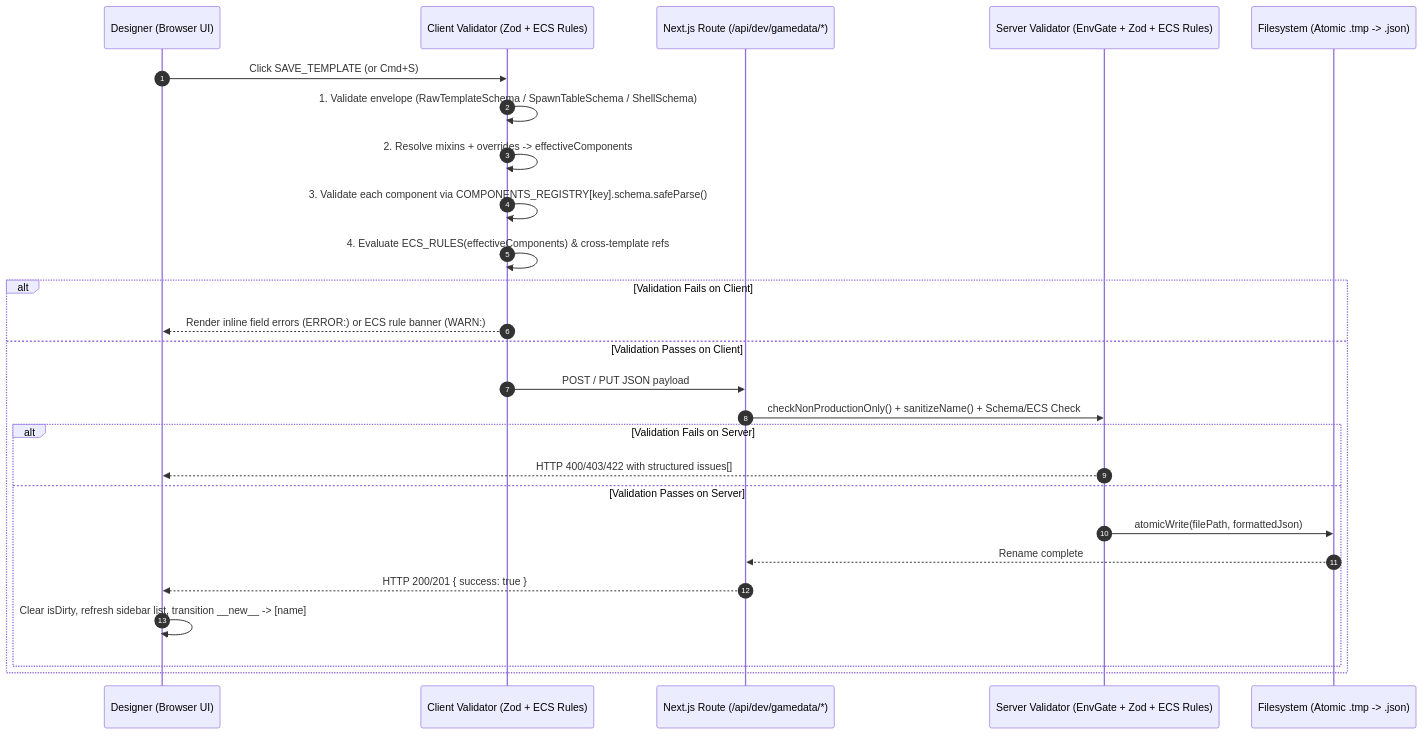
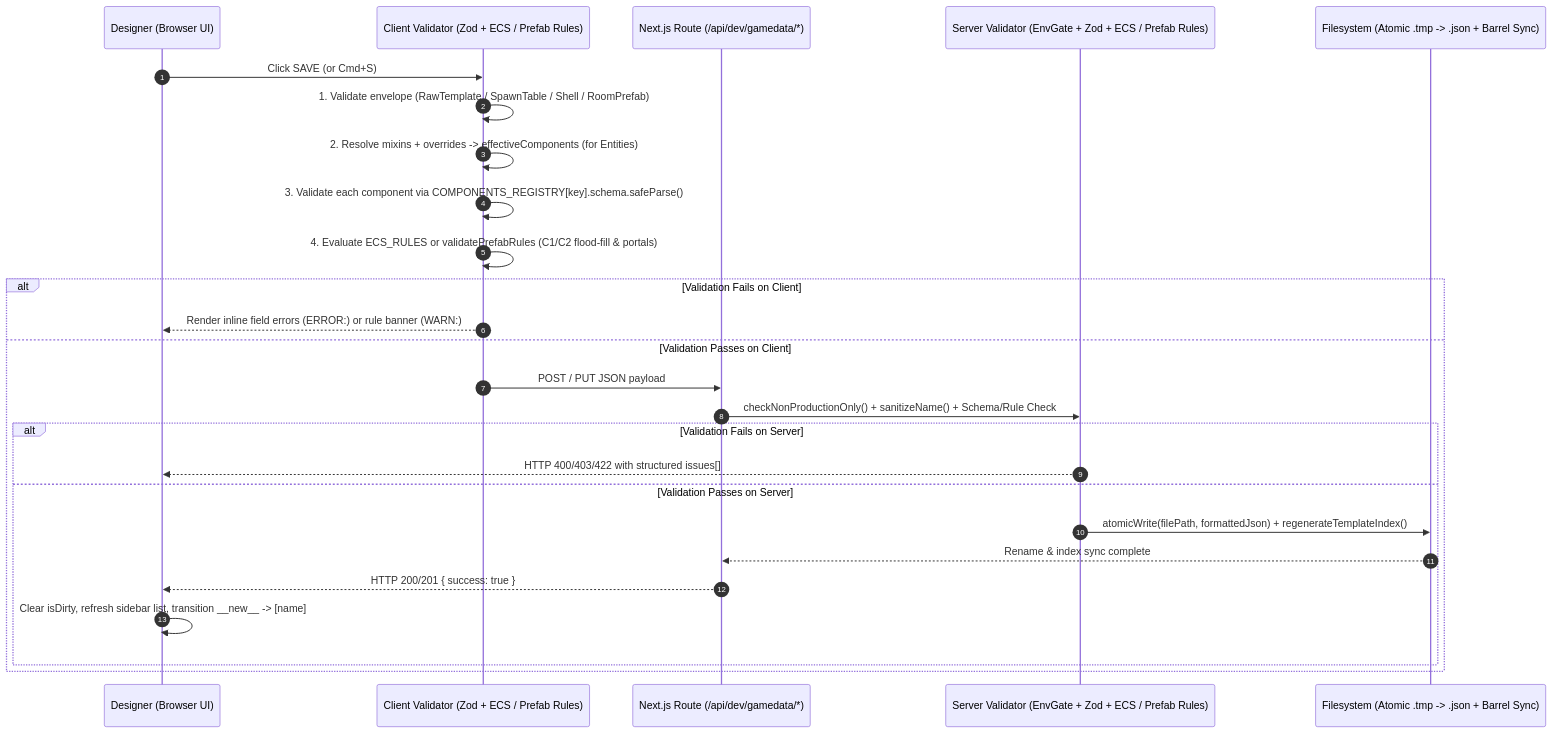
The second of 2 diagrams in docs/design/GAMEDATA-DESIGN-TOOL.md (chadmowery/nirmata-run), drawn with Mermaid before and after one commit. The commit also changed other lines of this file, not shown here.

````diff
--- a/docs/design/GAMEDATA-DESIGN-TOOL.md
+++ b/docs/design/GAMEDATA-DESIGN-TOOL.md
@@ -314,29 +566,29 @@
 ```mermaid
 sequenceDiagram
   autonumber
   participant Author as Designer (Browser UI)
-  participant ClientVal as Client Validator (Zod + ECS Rules)
+  participant ClientVal as Client Validator (Zod + ECS / Prefab Rules)
   participant API as Next.js Route (/api/dev/gamedata/*)
-  participant ServerVal as Server Validator (EnvGate + Zod + ECS Rules)
-  participant Disk as Filesystem (Atomic .tmp -> .json)
+  participant ServerVal as Server Validator (EnvGate + Zod + ECS / Prefab Rules)
+  participant Disk as Filesystem (Atomic .tmp -> .json + Barrel Sync)
 
-  Author->>ClientVal: Click SAVE_TEMPLATE (or Cmd+S)
-  ClientVal->>ClientVal: 1. Validate envelope (RawTemplateSchema / SpawnTableSchema / ShellSchema)
-  ClientVal->>ClientVal: 2. Resolve mixins + overrides -> effectiveComponents
+  Author->>ClientVal: Click SAVE (or Cmd+S)
+  ClientVal->>ClientVal: 1. Validate envelope (RawTemplate / SpawnTable / Shell / RoomPrefab)
+  ClientVal->>ClientVal: 2. Resolve mixins + overrides -> effectiveComponents (for Entities)
   ClientVal->>ClientVal: 3. Validate each component via COMPONENTS_REGISTRY[key].schema.safeParse()
-  ClientVal->>ClientVal: 4. Evaluate ECS_RULES(effectiveComponents) & cross-template refs
+  ClientVal->>ClientVal: 4. Evaluate ECS_RULES or validatePrefabRules (C1/C2 flood-fill & portals)
   alt Validation Fails on Client
-    ClientVal-->>Author: Render inline field errors (ERROR:) or ECS rule banner (WARN:)
+    ClientVal-->>Author: Render inline field errors (ERROR:) or rule banner (WARN:)
   else Validation Passes on Client
     ClientVal->>API: POST / PUT JSON payload
-    API->>ServerVal: checkNonProductionOnly() + sanitizeName() + Schema/ECS Check
+    API->>ServerVal: checkNonProductionOnly() + sanitizeName() + Schema/Rule Check
     alt Validation Fails on Server
       ServerVal-->>Author: HTTP 400/403/422 with structured issues[]
     else Validation Passes on Server
-      ServerVal->>Disk: atomicWrite(filePath, formattedJson)
-      Disk-->>API: Rename complete
+      ServerVal->>Disk: atomicWrite(filePath, formattedJson) + regenerateTemplateIndex()
+      Disk-->>API: Rename & index sync complete
       API-->>Author: HTTP 200/201 { success: true }
       Author->>Author: Clear isDirty, refresh sidebar list, transition __new__ -> [name]
     end
   end
 ```
````
